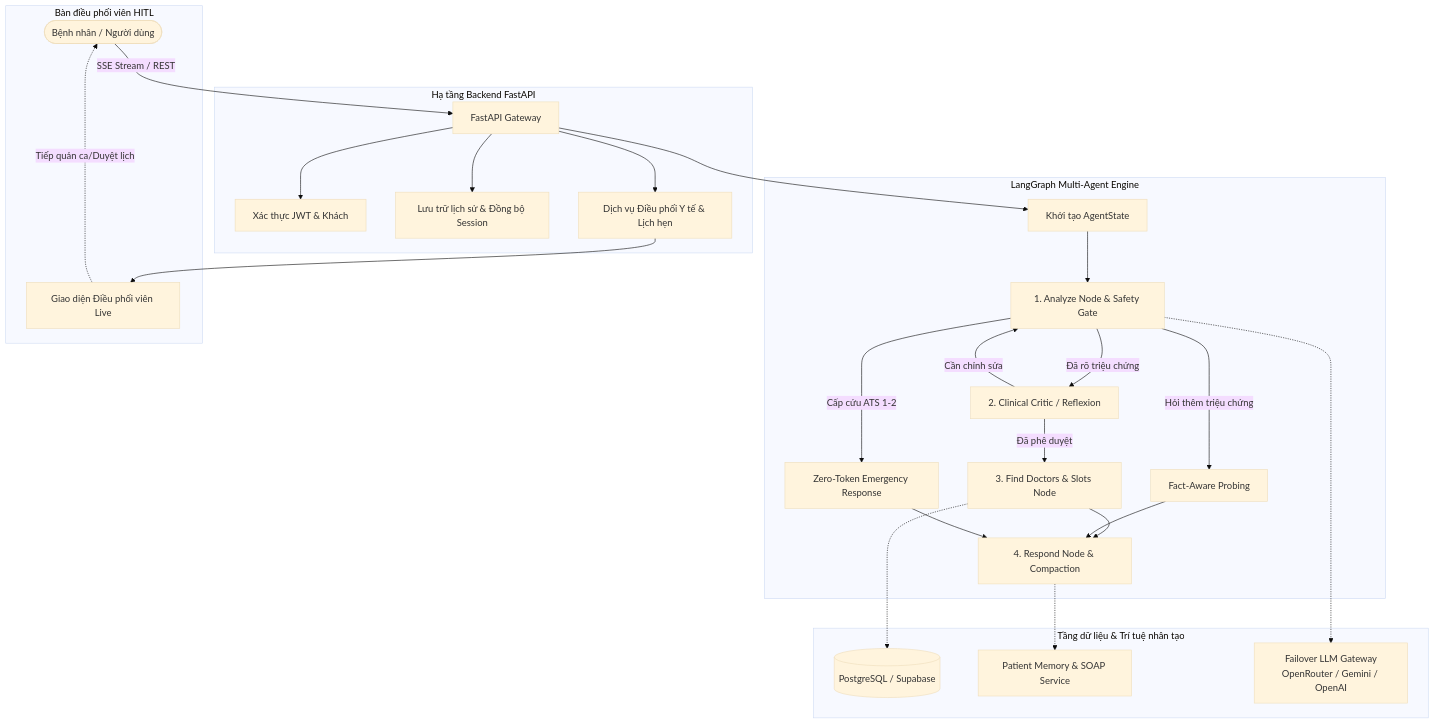
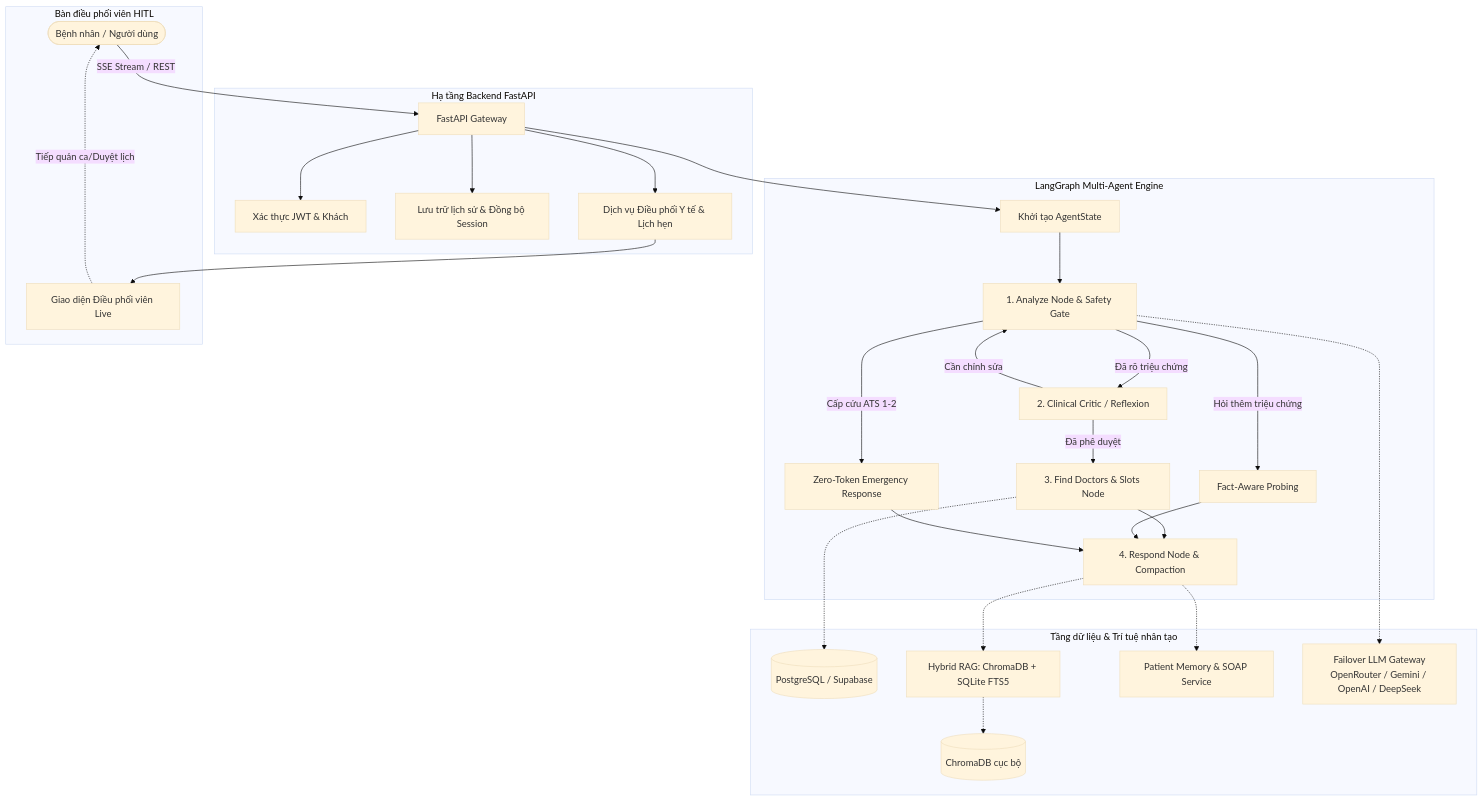
Before and after one commit to MaiVanTruong2310/T24-Build-Phase-AI-In-Action: the diagram in README.md, drawn with Mermaid (base theme). The commit also changed other lines of this file, not shown here.

Commit message:
docs: update setup, coordinator workflows and vector database guide

````diff
--- a/README.md
+++ b/README.md
@@ -74,37 +84,39 @@
 ```mermaid
 flowchart TD
     Patient([Bệnh nhân / Người dùng]) -->|SSE Stream / REST| API[FastAPI Gateway]
     
     subgraph Core_Backend [Hạ tầng Backend FastAPI]
         API --> Auth[Xác thực JWT & Khách]
         API --> Hist[Lưu trữ lịch sử & Đồng bộ Session]
         API --> WB[Dịch vụ Điều phối Y tế & Lịch hẹn]
     end
 
     subgraph LangGraph_Agent [LangGraph Multi-Agent Engine]
         API --> LangInit[Khởi tạo AgentState]
         LangInit --> AnalyzeNode[1. Analyze Node & Safety Gate]
         
         AnalyzeNode -->|Cấp cứu ATS 1-2| EmgGate[Zero-Token Emergency Response]
         AnalyzeNode -->|Hỏi thêm triệu chứng| Probing[Fact-Aware Probing]
         AnalyzeNode -->|Đã rõ triệu chứng| CriticNode[2. Clinical Critic / Reflexion]
         
         CriticNode -->|Cần chỉnh sửa| AnalyzeNode
         CriticNode -->|Đã phê duyệt| DocNode[3. Find Doctors & Slots Node]
         
         DocNode --> RespondNode[4. Respond Node & Compaction]
         Probing --> RespondNode
         EmgGate --> RespondNode
     end
 
     subgraph Data_Services [Tầng dữ liệu & Trí tuệ nhân tạo]
         DocNode -.-> DB[(PostgreSQL / Supabase)]
+        RespondNode -.-> RAG[Hybrid RAG: ChromaDB + SQLite FTS5]
+        RAG -.-> Vector[(ChromaDB cục bộ)]
         RespondNode -.-> MemSvc[Patient Memory & SOAP Service]
-        AnalyzeNode -.-> LLMGateway[Failover LLM Gateway<br/>OpenRouter / Gemini / OpenAI]
+        AnalyzeNode -.-> LLMGateway[Failover LLM Gateway<br/>OpenRouter / Gemini / OpenAI / DeepSeek]
     end
 
     subgraph Coordination_Workbench [Bàn điều phối viên HITL]
         WB --> StaffApp[Giao diện Điều phối viên Live]
         StaffApp -.->|Tiếp quản ca/Duyệt lịch| Patient
     end
 ```
````
